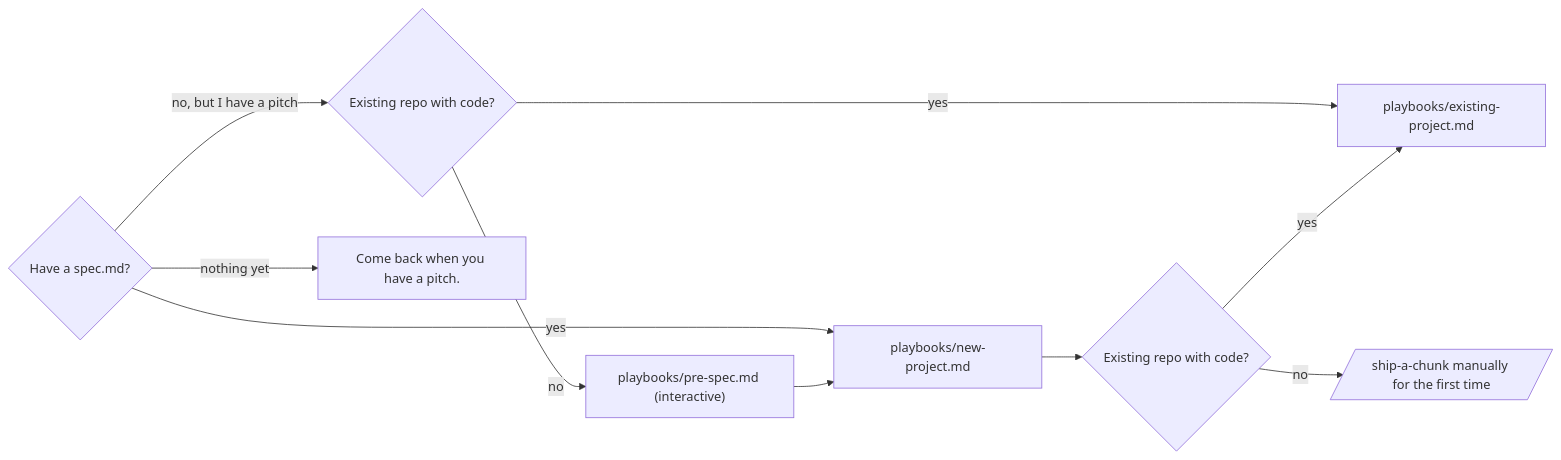
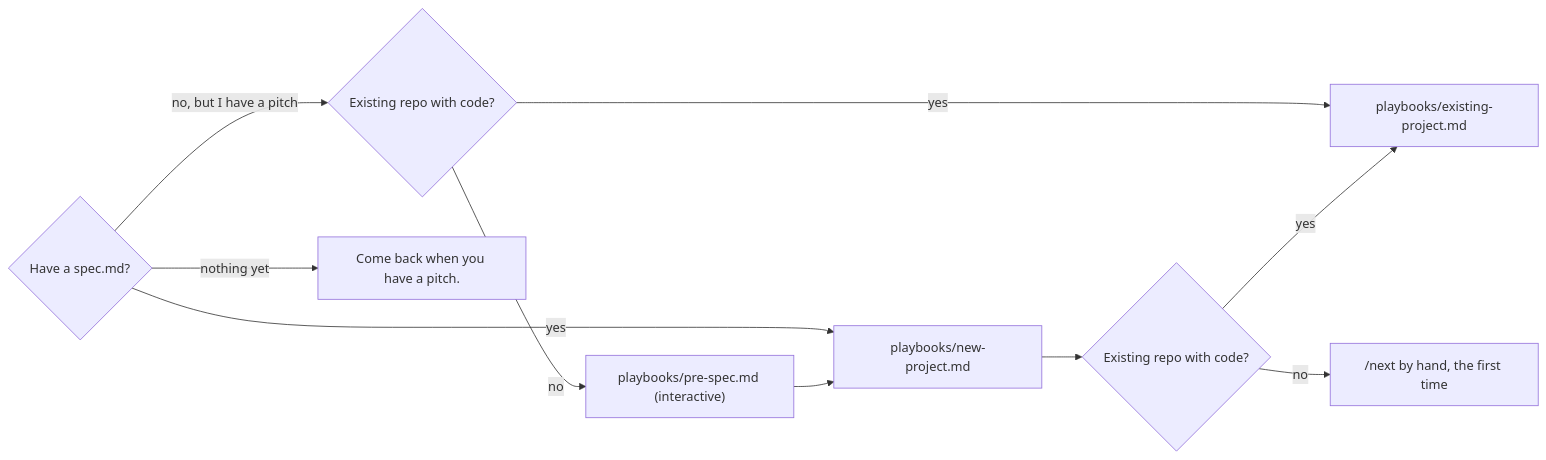
Before and after one commit to daretodave/nexus: the diagram in README.md, drawn with Mermaid. The commit also changed other lines of this file, not shown here.

First line of the commit message:
docs: the README opens on three doors, with the diagrams

````diff
--- a/README.md
+++ b/README.md
@@ -275,12 +338,12 @@
 ```mermaid
 flowchart LR
   spec{Have a spec.md?} -- yes --> green["playbooks/new-project.md"]
   spec -- "no, but I have a pitch" --> pitch_check{Existing repo with code?}
   spec -- nothing yet --> think[Come back when you have a pitch.]
   pitch_check -- yes --> brown["playbooks/existing-project.md"]
   pitch_check -- no --> presp["playbooks/pre-spec.md (interactive)"]
   presp --> green
   green --> brown_check{Existing repo with code?}
   brown_check -- yes --> brown
-  brown_check -- no --> ship[/ship-a-chunk manually for the first time/]
+  brown_check -- no --> ship["/next by hand, the first time"]
 ```
````
